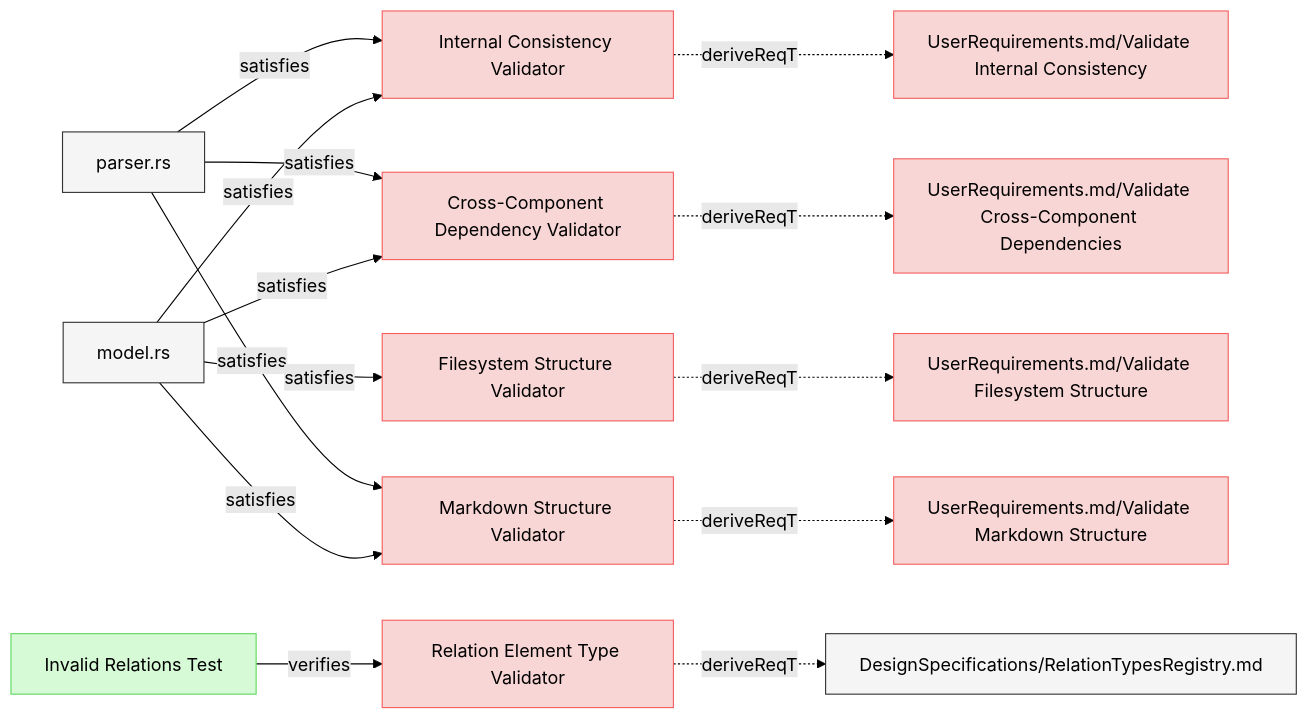
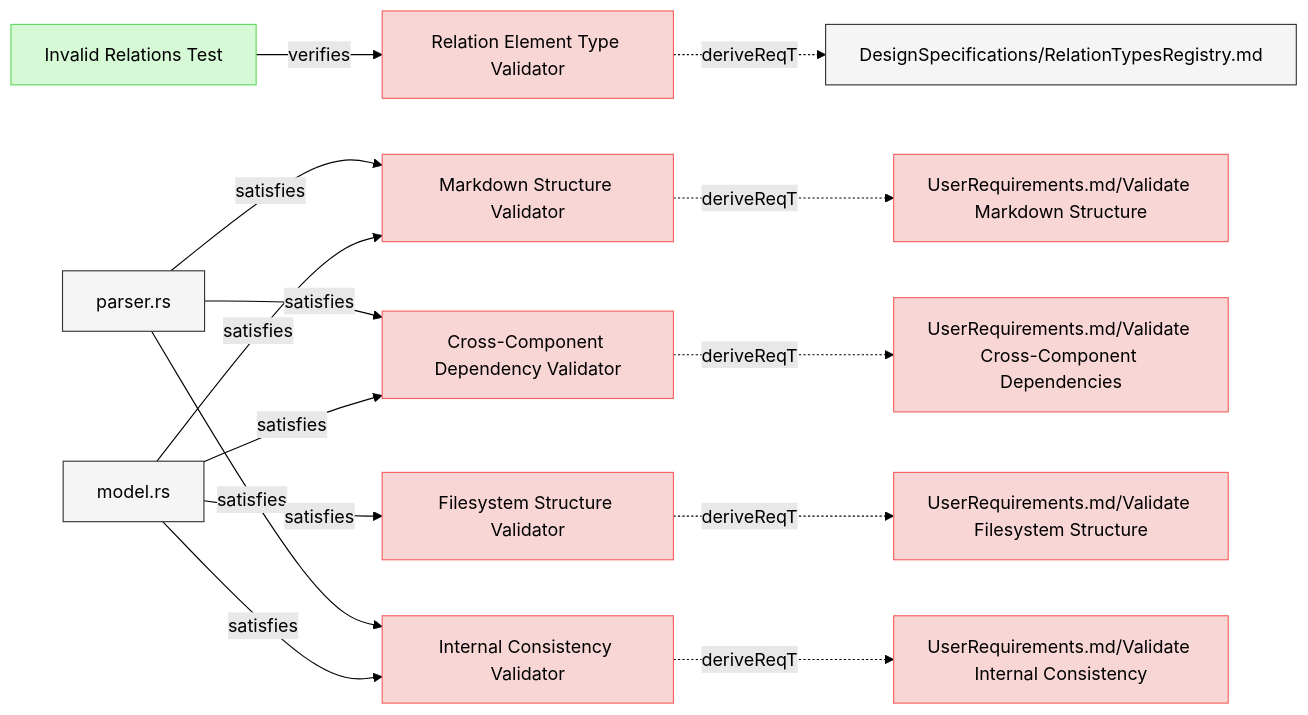
The seventh of 8 diagrams in specifications/SystemRequirements/Requirements.md (reqvire-org/reqvire), drawn with Mermaid (forest theme) before and after one commit. The commit also changed other lines of this file and 16 other files, not shown here.

````diff
--- a/specifications/SystemRequirements/Requirements.md
+++ b/specifications/SystemRequirements/Requirements.md
@@ -888,61 +888,61 @@
 ```mermaid
 graph LR;
   %% Graph styling
   classDef requirement fill:#f9d6d6,stroke:#f55f5f,stroke-width:1px;
   classDef verification fill:#d6f9d6,stroke:#5fd75f,stroke-width:1px;
   classDef externalLink fill:#d0e0ff,stroke:#3080ff,stroke-width:1px;
   classDef default fill:#f5f5f5,stroke:#333333,stroke-width:1px;
 
-  1c2e7c81f9["Internal Consistency Validator"];
-  click 1c2e7c81f9 "Requirements.md#internal-consistency-validator";
-  class 1c2e7c81f9 requirement;
-  9e524ac696["UserRequirements.md/Validate Internal Consistency"];
-  class 9e524ac696 requirement;
-  click 9e524ac696 "../UserRequirements.md#validate-internal-consistency";
-  1c2e7c81f9 -.->|deriveReqT| 9e524ac696;
-  6136c216c9["model.rs"];
-  class 6136c216c9 default;
-  click 6136c216c9 "../../core/src/model.rs";
-  6136c216c9 -->|satisfies| 1c2e7c81f9;
-  3b1e87396c["parser.rs"];
-  class 3b1e87396c default;
-  click 3b1e87396c "../../core/src/parser.rs";
-  3b1e87396c -->|satisfies| 1c2e7c81f9;
-  c7d88aff4e["Cross-Component Dependency Validator"];
-  click c7d88aff4e "Requirements.md#cross-component-dependency-validator";
-  class c7d88aff4e requirement;
-  6e40bf9f83["UserRequirements.md/Validate Cross-Component Dependencies"];
-  class 6e40bf9f83 requirement;
-  click 6e40bf9f83 "../UserRequirements.md#validate-cross-component-dependencies";
-  c7d88aff4e -.->|deriveReqT| 6e40bf9f83;
-  6136c216c9 -->|satisfies| c7d88aff4e;
-  3b1e87396c -->|satisfies| c7d88aff4e;
-  887db62e0f["Markdown Structure Validator"];
-  click 887db62e0f "Requirements.md#markdown-structure-validator";
-  class 887db62e0f requirement;
-  7b1772417b["UserRequirements.md/Validate Markdown Structure"];
-  class 7b1772417b requirement;
-  click 7b1772417b "../UserRequirements.md#validate-markdown-structure";
-  887db62e0f -.->|deriveReqT| 7b1772417b;
-  6136c216c9 -->|satisfies| 887db62e0f;
-  3b1e87396c -->|satisfies| 887db62e0f;
-  ec201a112c["Filesystem Structure Validator"];
-  click ec201a112c "Requirements.md#filesystem-structure-validator";
-  class ec201a112c requirement;
-  d834cc4bc9["UserRequirements.md/Validate Filesystem Structure"];
-  class d834cc4bc9 requirement;
-  click d834cc4bc9 "../UserRequirements.md#validate-filesystem-structure";
-  ec201a112c -.->|deriveReqT| d834cc4bc9;
-  6136c216c9 -->|satisfies| ec201a112c;
   212d1317cd["Relation Element Type Validator"];
   click 212d1317cd "Requirements.md#relation-element-type-validator";
   class 212d1317cd requirement;
   9890e1ca49["DesignSpecifications/RelationTypesRegistry.md"];
   class 9890e1ca49 default;
   click 9890e1ca49 "../DesignSpecifications/RelationTypesRegistry.md";
   212d1317cd -.->|deriveReqT| 9890e1ca49;
   fbf9362574["Invalid Relations Test"];
   class fbf9362574 verification;
   click fbf9362574 "../Verifications/ValidationTests.md#invalid-relations-test";
   fbf9362574 -->|verifies| 212d1317cd;
+  887db62e0f["Markdown Structure Validator"];
+  click 887db62e0f "Requirements.md#markdown-structure-validator";
+  class 887db62e0f requirement;
+  7b1772417b["UserRequirements.md/Validate Markdown Structure"];
+  class 7b1772417b requirement;
+  click 7b1772417b "../UserRequirements.md#validate-markdown-structure";
+  887db62e0f -.->|deriveReqT| 7b1772417b;
+  6136c216c9["model.rs"];
+  class 6136c216c9 default;
+  click 6136c216c9 "../../core/src/model.rs";
+  6136c216c9 -->|satisfies| 887db62e0f;
+  3b1e87396c["parser.rs"];
+  class 3b1e87396c default;
+  click 3b1e87396c "../../core/src/parser.rs";
+  3b1e87396c -->|satisfies| 887db62e0f;
+  c7d88aff4e["Cross-Component Dependency Validator"];
+  click c7d88aff4e "Requirements.md#cross-component-dependency-validator";
+  class c7d88aff4e requirement;
+  6e40bf9f83["UserRequirements.md/Validate Cross-Component Dependencies"];
+  class 6e40bf9f83 requirement;
+  click 6e40bf9f83 "../UserRequirements.md#validate-cross-component-dependencies";
+  c7d88aff4e -.->|deriveReqT| 6e40bf9f83;
+  6136c216c9 -->|satisfies| c7d88aff4e;
+  3b1e87396c -->|satisfies| c7d88aff4e;
+  1c2e7c81f9["Internal Consistency Validator"];
+  click 1c2e7c81f9 "Requirements.md#internal-consistency-validator";
+  class 1c2e7c81f9 requirement;
+  9e524ac696["UserRequirements.md/Validate Internal Consistency"];
+  class 9e524ac696 requirement;
+  click 9e524ac696 "../UserRequirements.md#validate-internal-consistency";
+  1c2e7c81f9 -.->|deriveReqT| 9e524ac696;
+  6136c216c9 -->|satisfies| 1c2e7c81f9;
+  3b1e87396c -->|satisfies| 1c2e7c81f9;
+  ec201a112c["Filesystem Structure Validator"];
+  click ec201a112c "Requirements.md#filesystem-structure-validator";
+  class ec201a112c requirement;
+  d834cc4bc9["UserRequirements.md/Validate Filesystem Structure"];
+  class d834cc4bc9 requirement;
+  click d834cc4bc9 "../UserRequirements.md#validate-filesystem-structure";
+  ec201a112c -.->|deriveReqT| d834cc4bc9;
+  6136c216c9 -->|satisfies| ec201a112c;
 ```
````
